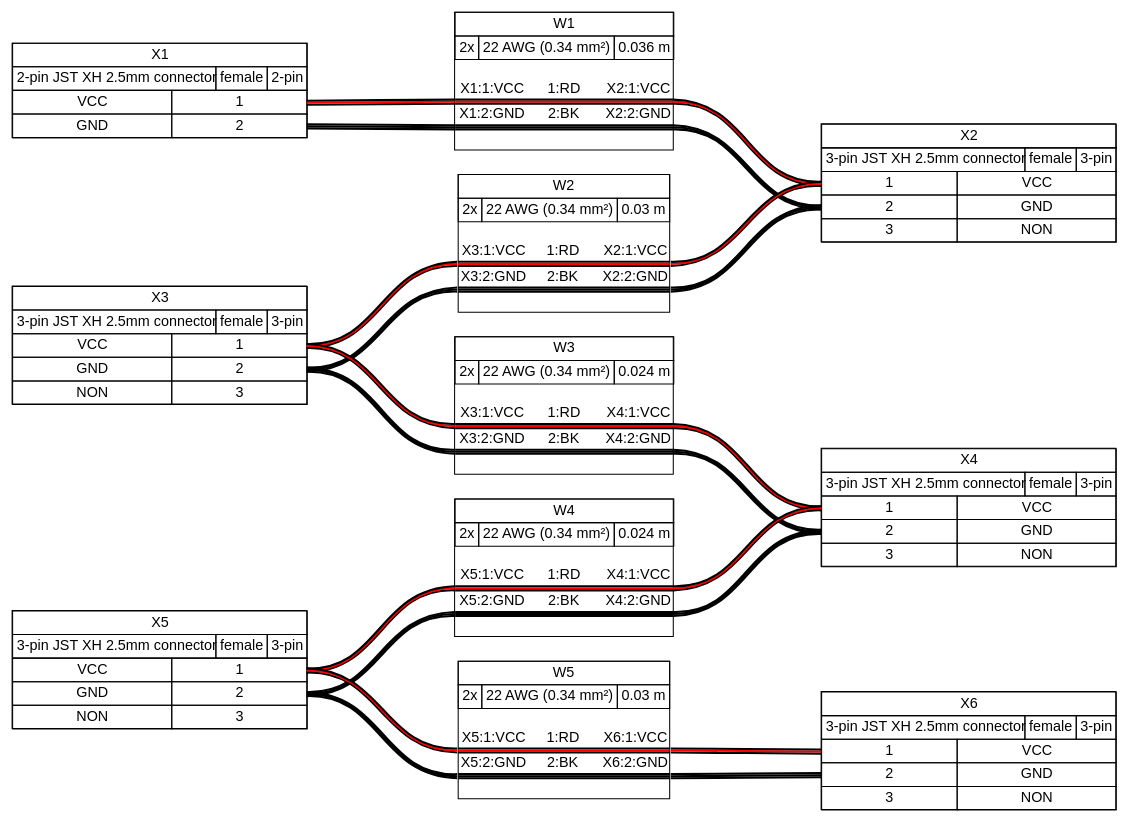
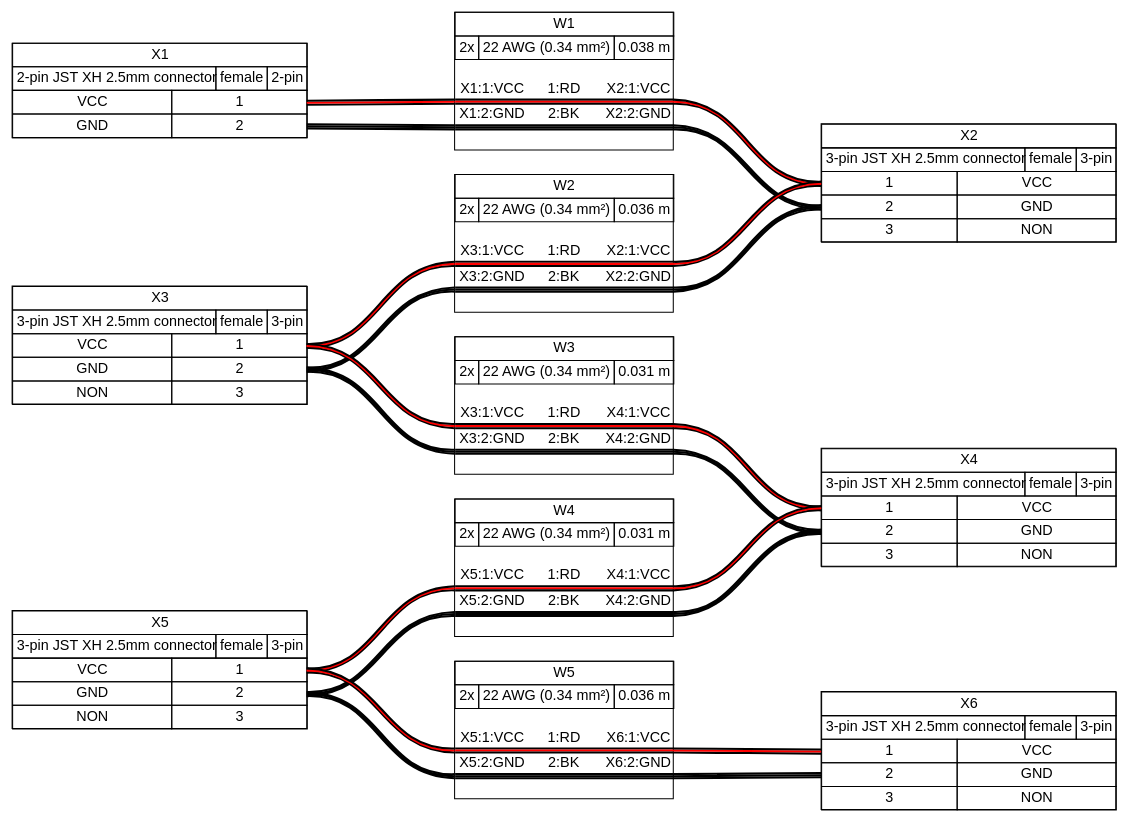
One commit to mosfet00/WiresOnViz changed the diagram in Top Power Only 2pin to 5x 3pin/simplejst.gv. Above: the diagram before and after it, drawn with Graphviz. The commit also changed 5 other files, not shown here.

```diff
--- a/Top Power Only 2pin to 5x 3pin/simplejst.gv
+++ b/Top Power Only 2pin to 5x 3pin/simplejst.gv
@@ -209,7 +209,7 @@
   <table border="0" cellspacing="0" cellpadding="3" cellborder="1"><tr>
    <td balign="left">2x</td>
    <td balign="left">22 AWG (0.34 mm²)</td>
-   <td balign="left">0.036 m</td>
+   <td balign="left">0.038 m</td>
   </tr></table>
  </td></tr>
  <tr><td>
@@ -269,7 +269,7 @@
   <table border="0" cellspacing="0" cellpadding="3" cellborder="1"><tr>
    <td balign="left">2x</td>
    <td balign="left">22 AWG (0.34 mm²)</td>
-   <td balign="left">0.03 m</td>
+   <td balign="left">0.036 m</td>
   </tr></table>
  </td></tr>
  <tr><td>
@@ -329,7 +329,7 @@
   <table border="0" cellspacing="0" cellpadding="3" cellborder="1"><tr>
    <td balign="left">2x</td>
    <td balign="left">22 AWG (0.34 mm²)</td>
-   <td balign="left">0.024 m</td>
+   <td balign="left">0.031 m</td>
   </tr></table>
  </td></tr>
  <tr><td>
@@ -389,7 +389,7 @@
   <table border="0" cellspacing="0" cellpadding="3" cellborder="1"><tr>
    <td balign="left">2x</td>
    <td balign="left">22 AWG (0.34 mm²)</td>
-   <td balign="left">0.024 m</td>
+   <td balign="left">0.031 m</td>
   </tr></table>
  </td></tr>
  <tr><td>
@@ -449,7 +449,7 @@
   <table border="0" cellspacing="0" cellpadding="3" cellborder="1"><tr>
    <td balign="left">2x</td>
    <td balign="left">22 AWG (0.34 mm²)</td>
-   <td balign="left">0.03 m</td>
+   <td balign="left">0.036 m</td>
   </tr></table>
  </td></tr>
  <tr><td>
```
